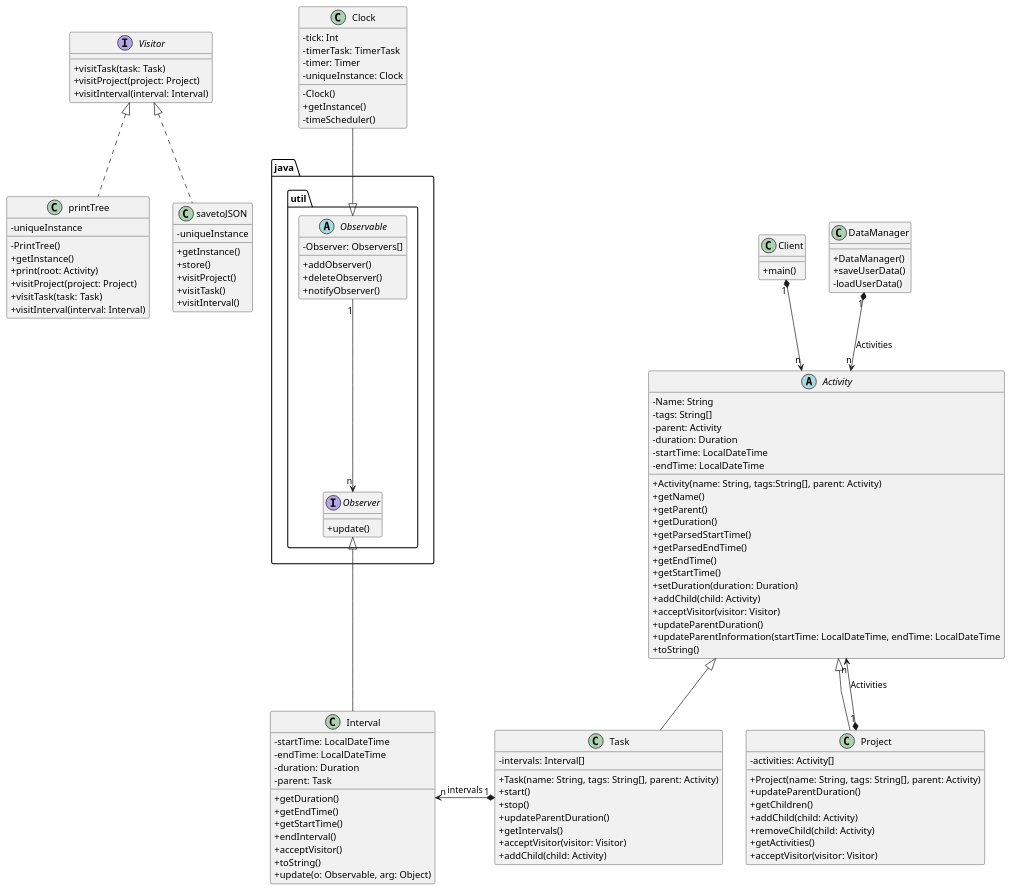
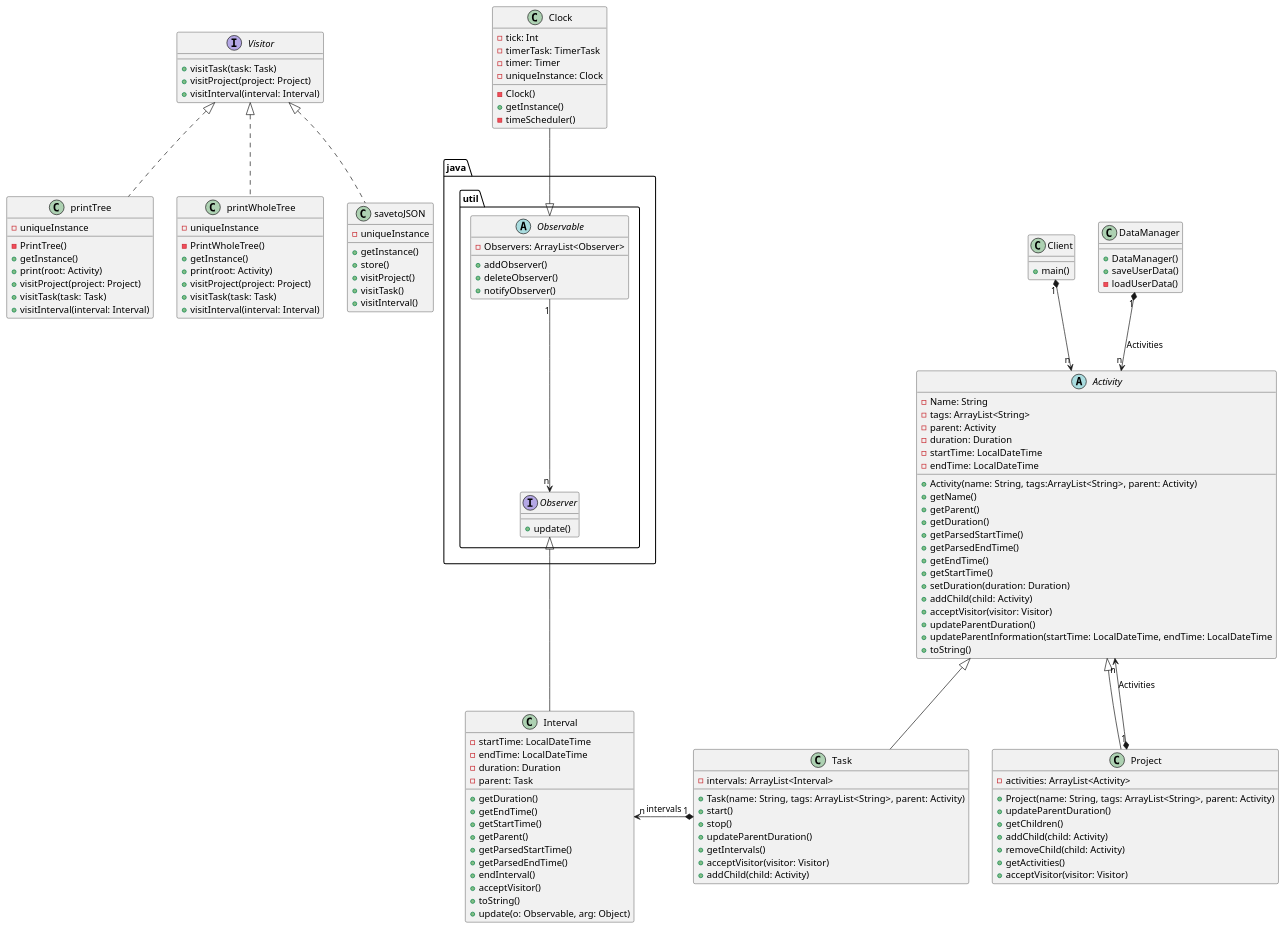
Before and after one commit to quimcamprubi/DS_Time_Tracker: the diagram in Time_Tracker/DSTimeTracker.puml, drawn with PlantUML.

Commit message:
uml updated

```diff
--- a/Time_Tracker/DSTimeTracker.puml
+++ b/Time_Tracker/DSTimeTracker.puml
@@ -1,136 +1,147 @@
 @startuml 
 
-skinparam classAttributeIconSize 0
-skinparam linetype polyline
 
 abstract class Activity {
 - Name: String
-- tags: String[]
+- tags: ArrayList<String>
 - parent: Activity
 - duration: Duration
 - startTime: LocalDateTime
 - endTime: LocalDateTime
-+ Activity(name: String, tags:String[], parent: Activity)
-
-
++ Activity(name: String, tags:ArrayList<String>, parent: Activity)
 + getName()
 + getParent()
 + getDuration()
 + getParsedStartTime()
 + getParsedEndTime()
 + getEndTime()
 + getStartTime()
 + setDuration(duration: Duration)
 + addChild(child: Activity)
 + acceptVisitor(visitor: Visitor)
 + updateParentDuration()
 + updateParentInformation(startTime: LocalDateTime, endTime: LocalDateTime
 + toString()
 }
 
 class Project extends Activity {
-- activities: Activity[]
-+ Project(name: String, tags: String[], parent: Activity)
+- activities: ArrayList<Activity>
++ Project(name: String, tags: ArrayList<String>, parent: Activity)
 + updateParentDuration()
 + getChildren()
 + addChild(child: Activity)
 + removeChild(child: Activity)
 + getActivities()
 + acceptVisitor(visitor: Visitor)
 }
 
 class Task extends Activity {
-- intervals: Interval[]
-+ Task(name: String, tags: String[], parent: Activity)
+- intervals: ArrayList<Interval>
++ Task(name: String, tags: ArrayList<String>, parent: Activity)
 + start()
 + stop()
 + updateParentDuration()
 + getIntervals()
 + acceptVisitor(visitor: Visitor)
 + addChild(child: Activity)
 }
 
 Interface Visitor{
 + visitTask(task: Task)
 + visitProject(project: Project)
 + visitInterval(interval: Interval)
 }
 
 class printTree {
 - uniqueInstance
 - PrintTree()
 + getInstance()
 + print(root: Activity)
 + visitProject(project: Project)
 + visitTask(task: Task)
 + visitInterval(interval: Interval)
 }
 
+class printWholeTree {
+- uniqueInstance
+- PrintWholeTree()
++ getInstance()
++ print(root: Activity)
++ visitProject(project: Project)
++ visitTask(task: Task)
++ visitInterval(interval: Interval)
+}
+
 class savetoJSON {
 - uniqueInstance
 + getInstance()
 + store()
 + visitProject()
 + visitTask()
 + visitInterval()
 }
 
+
 class Interval{
 - startTime: LocalDateTime
 - endTime: LocalDateTime
 - duration: Duration
 - parent: Task
 + getDuration()
 + getEndTime()
 + getStartTime()
++ getParent()
++ getParsedStartTime()
++ getParsedEndTime()
 + endInterval()
 + acceptVisitor()
 + toString()
 + update(o: Observable, arg: Object)
 }
 
 package java.util <<Folder>> {
     Interface Observer{
     + update()
     }
 
     abstract class Observable {
-    - Observer: Observers[]
+    - Observers: ArrayList<Observer>
     + addObserver()
     + deleteObserver()
     + notifyObserver()
     }
 }
 
 class Clock {
 - tick: Int
 - timerTask: TimerTask
 - timer: Timer
 - uniqueInstance: Clock
 - Clock()
 + getInstance()
 - timeScheduler()
 }
 
 class Client {
 + main()
 }
 
 class DataManager {
 + DataManager()
 + saveUserData()
 - loadUserData()
 }
 
 DataManager "1" *-down-> "n" Activity: Activities
 Project "1" *-up-> "n" Activity: Activities
 Client "1" *-down-> "n" Activity
 Task "1" *-left-> "n" Interval: intervals
 Clock -down-|> Observable
 Observable "1" -Down-> "n" Observer
 Interval -up-|> Observer
 Task -[hidden]right-> Project
 printTree .up.|> Visitor
+printWholeTree .up.|> Visitor
 savetoJSON .up.|> Visitor
 
 @enduml
```
